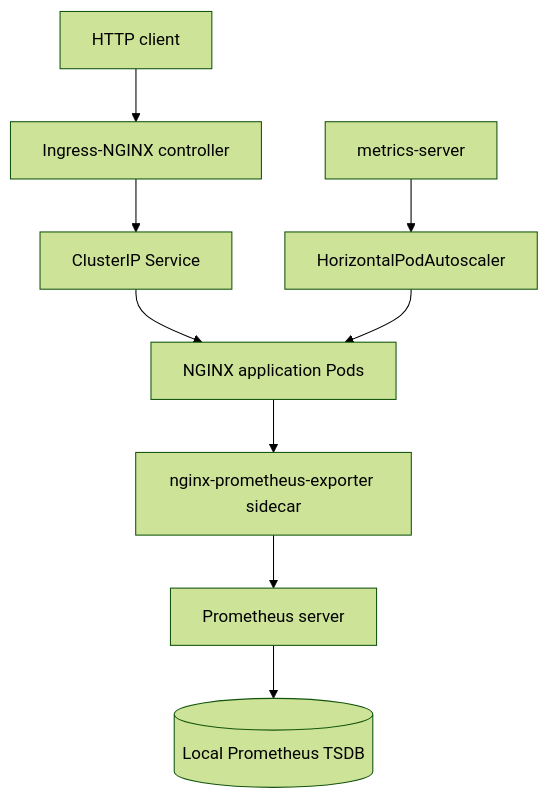
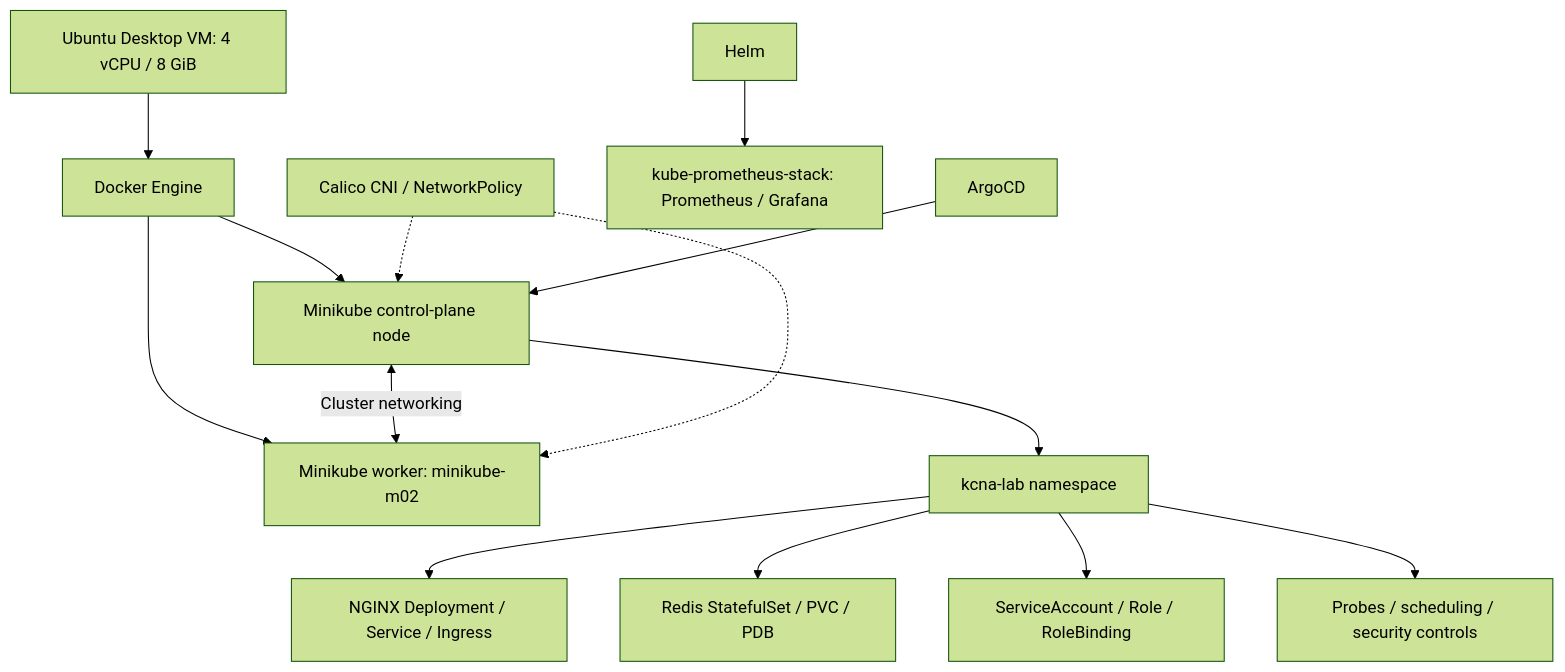
One commit to darianodirling/minikube-nginx-prometheus-observability changed the diagram in README.md. Above: the diagram before and after it, drawn with Mermaid (forest theme). The commit also changed other lines of this file, not shown here.

Commit message:
docs: reframe Kubernetes portfolio around actual KCNA multi-node lab

````diff
--- a/README.md
+++ b/README.md
@@ -9,11 +20,17 @@
 ```mermaid
 flowchart TB
-  Browser[HTTP client] --> Ingress[Ingress-NGINX controller]
-  Ingress --> SVC[ClusterIP Service]
-  SVC --> NGINX[NGINX application Pods]
-  HPA[HorizontalPodAutoscaler] --> NGINX
-  Metrics[metrics-server] --> HPA
-  NGINX --> Exporter[nginx-prometheus-exporter sidecar]
-  Exporter --> Prometheus[Prometheus server]
-  Prometheus --> TSDB[(Local Prometheus TSDB)]
+  VM[Ubuntu Desktop VM: 4 vCPU / 8 GiB]
+  VM --> Docker[Docker Engine]
+  Docker --> CP[Minikube control-plane node]
+  Docker --> W[Minikube worker: minikube-m02]
+  CP <-->|Cluster networking| W
+  Calico[Calico CNI / NetworkPolicy] -.-> CP
+  Calico -.-> W
+  CP --> NS[kcna-lab namespace]
+  NS --> Web[NGINX Deployment / Service / Ingress]
+  NS --> Redis[Redis StatefulSet / PVC / PDB]
+  NS --> RBAC[ServiceAccount / Role / RoleBinding]
+  NS --> Security[Probes / scheduling / security controls]
+  Helm[Helm] --> Monitoring[kube-prometheus-stack: Prometheus / Grafana]
+  GitOps[ArgoCD] --> CP
 ```
````
